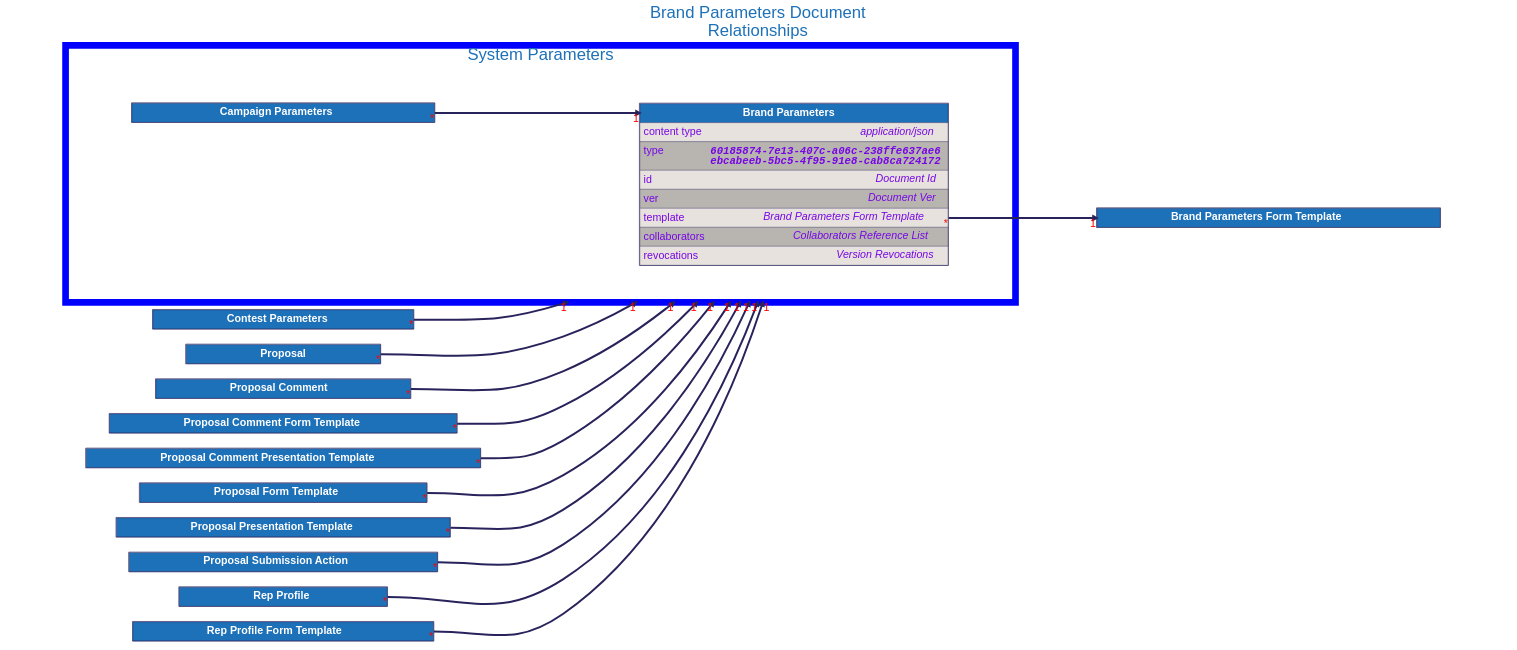
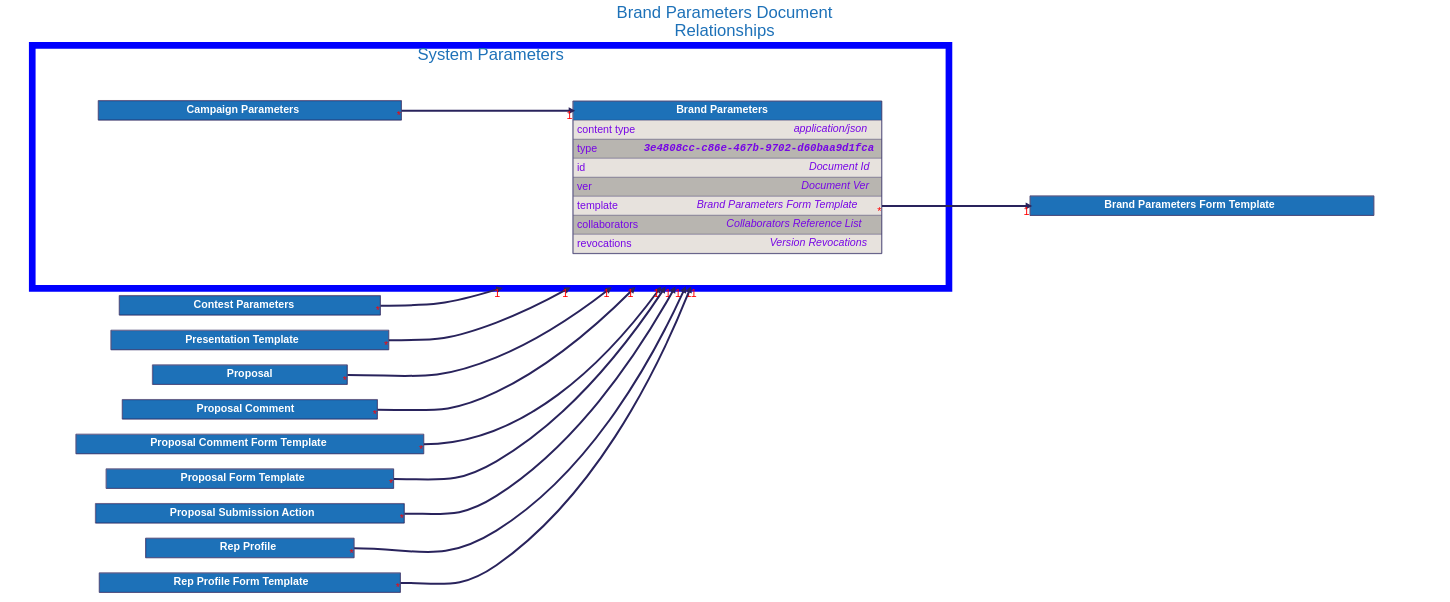
One commit to input-output-hk/catalyst-libs changed the diagram in docs/src/architecture/08_concepts/signed_doc/diagrams/brand_parameters.dot. Above: the diagram before and after it, drawn with Graphviz. The commit also changed 456 other files, not shown here.

```diff
--- a/docs/src/architecture/08_concepts/signed_doc/diagrams/brand_parameters.dot
+++ b/docs/src/architecture/08_concepts/signed_doc/diagrams/brand_parameters.dot
@@ -35,6 +35,21 @@
             <TR>
                 <TD PORT="title" BGCOLOR="#1d71b8" HREF="../contest_parameters/">
                     <FONT COLOR="#ffffff"><B> Contest Parameters </B></FONT>
+                </TD>
+            </TR>
+
+            </TABLE>
+        >
+    ];
+
+
+    "Presentation Template" [
+        id="Presentation Template";
+        label=<
+            <TABLE BORDER="2" COLOR="#29235c" CELLBORDER="1" CELLSPACING="0" CELLPADDING="10">
+            <TR>
+                <TD PORT="title" BGCOLOR="#1d71b8" HREF="../presentation_template/">
+                    <FONT COLOR="#ffffff"><B> Presentation Template </B></FONT>
                 </TD>
             </TR>
 
@@ -88,21 +103,6 @@
     ];
 
 
-    "Proposal Comment Presentation Template" [
-        id="Proposal Comment Presentation Template";
-        label=<
-            <TABLE BORDER="2" COLOR="#29235c" CELLBORDER="1" CELLSPACING="0" CELLPADDING="10">
-            <TR>
-                <TD PORT="title" BGCOLOR="#1d71b8" HREF="../proposal_comment_presentation_template/">
-                    <FONT COLOR="#ffffff"><B> Proposal Comment Presentation Template </B></FONT>
-                </TD>
-            </TR>
-
-            </TABLE>
-        >
-    ];
-
-
     "Proposal Form Template" [
         id="Proposal Form Template";
         label=<
@@ -110,21 +110,6 @@
             <TR>
                 <TD PORT="title" BGCOLOR="#1d71b8" HREF="../proposal_form_template/">
                     <FONT COLOR="#ffffff"><B> Proposal Form Template </B></FONT>
-                </TD>
-            </TR>
-
-            </TABLE>
-        >
-    ];
-
-
-    "Proposal Presentation Template" [
-        id="Proposal Presentation Template";
-        label=<
-            <TABLE BORDER="2" COLOR="#29235c" CELLBORDER="1" CELLSPACING="0" CELLPADDING="10">
-            <TR>
-                <TD PORT="title" BGCOLOR="#1d71b8" HREF="../proposal_presentation_template/">
-                    <FONT COLOR="#ffffff"><B> Proposal Presentation Template </B></FONT>
                 </TD>
             </TR>
 
@@ -207,7 +192,7 @@
                         <TABLE CELLPADDING="0" CELLSPACING="0" BORDER="0">
                             <TR>
                                 <TD ALIGN="LEFT" VALIGN="TOP" WIDTH="200"><FONT COLOR="#7706E5">type</FONT></TD>
-                                <TD ALIGN="RIGHT"><FONT FACE="Courier" COLOR="#7706E5"><B><I>60185874-7e13-407c-a06c-238ffe637ae6<BR />ebcabeeb-5bc5-4f95-91e8-cab8ca724172</I></B></FONT></TD>
+                                <TD ALIGN="RIGHT"><FONT FACE="Courier" COLOR="#7706E5"><B><I>3e4808cc-c86e-467b-9702-d60baa9d1fca</I></B></FONT></TD>
                             </TR>
                         </TABLE>
                     </TD>
@@ -287,12 +272,11 @@
     "Brand Parameters":"template":e -> "Brand Parameters Form Template":"title":w [dir=forward, penwidth=6, color="#29235c", headlabel="1", taillabel="*"]
     "Campaign Parameters":"title":e -> "Brand Parameters":"title":w [dir=forward, penwidth=6, color="#29235c", headlabel="1", taillabel="*"]
     "Contest Parameters":"title":e -> "Brand Parameters" [dir=forward, penwidth=6, color="#29235c", headlabel="1", taillabel="*", lhead="cluster_system_parameters"]
+    "Presentation Template":"title":e -> "Brand Parameters" [dir=forward, penwidth=6, color="#29235c", headlabel="1", taillabel="*", lhead="cluster_system_parameters"]
     "Proposal":"title":e -> "Brand Parameters" [dir=forward, penwidth=6, color="#29235c", headlabel="1", taillabel="*", lhead="cluster_system_parameters"]
     "Proposal Comment":"title":e -> "Brand Parameters" [dir=forward, penwidth=6, color="#29235c", headlabel="1", taillabel="*", lhead="cluster_system_parameters"]
     "Proposal Comment Form Template":"title":e -> "Brand Parameters" [dir=forward, penwidth=6, color="#29235c", headlabel="1", taillabel="*", lhead="cluster_system_parameters"]
-    "Proposal Comment Presentation Template":"title":e -> "Brand Parameters" [dir=forward, penwidth=6, color="#29235c", headlabel="1", taillabel="*", lhead="cluster_system_parameters"]
     "Proposal Form Template":"title":e -> "Brand Parameters" [dir=forward, penwidth=6, color="#29235c", headlabel="1", taillabel="*", lhead="cluster_system_parameters"]
-    "Proposal Presentation Template":"title":e -> "Brand Parameters" [dir=forward, penwidth=6, color="#29235c", headlabel="1", taillabel="*", lhead="cluster_system_parameters"]
     "Proposal Submission Action":"title":e -> "Brand Parameters" [dir=forward, penwidth=6, color="#29235c", headlabel="1", taillabel="*", lhead="cluster_system_parameters"]
     "Rep Profile":"title":e -> "Brand Parameters" [dir=forward, penwidth=6, color="#29235c", headlabel="1", taillabel="*", lhead="cluster_system_parameters"]
     "Rep Profile Form Template":"title":e -> "Brand Parameters" [dir=forward, penwidth=6, color="#29235c", headlabel="1", taillabel="*", lhead="cluster_system_parameters"]
```
